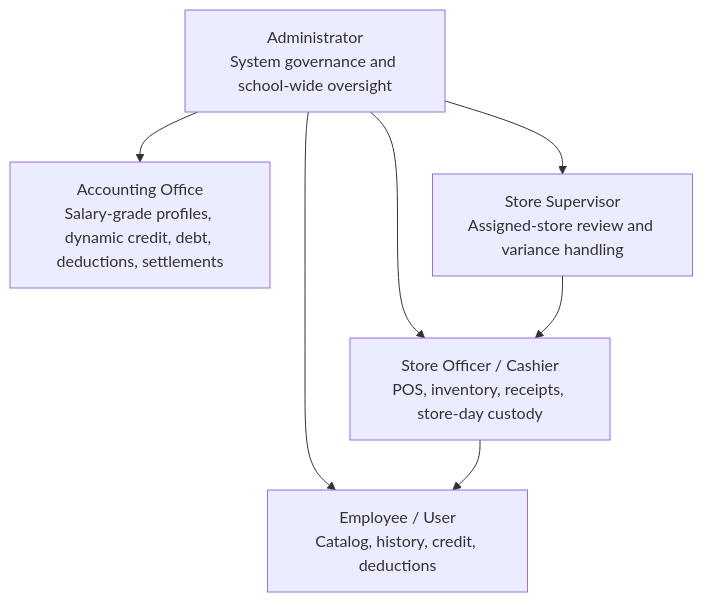
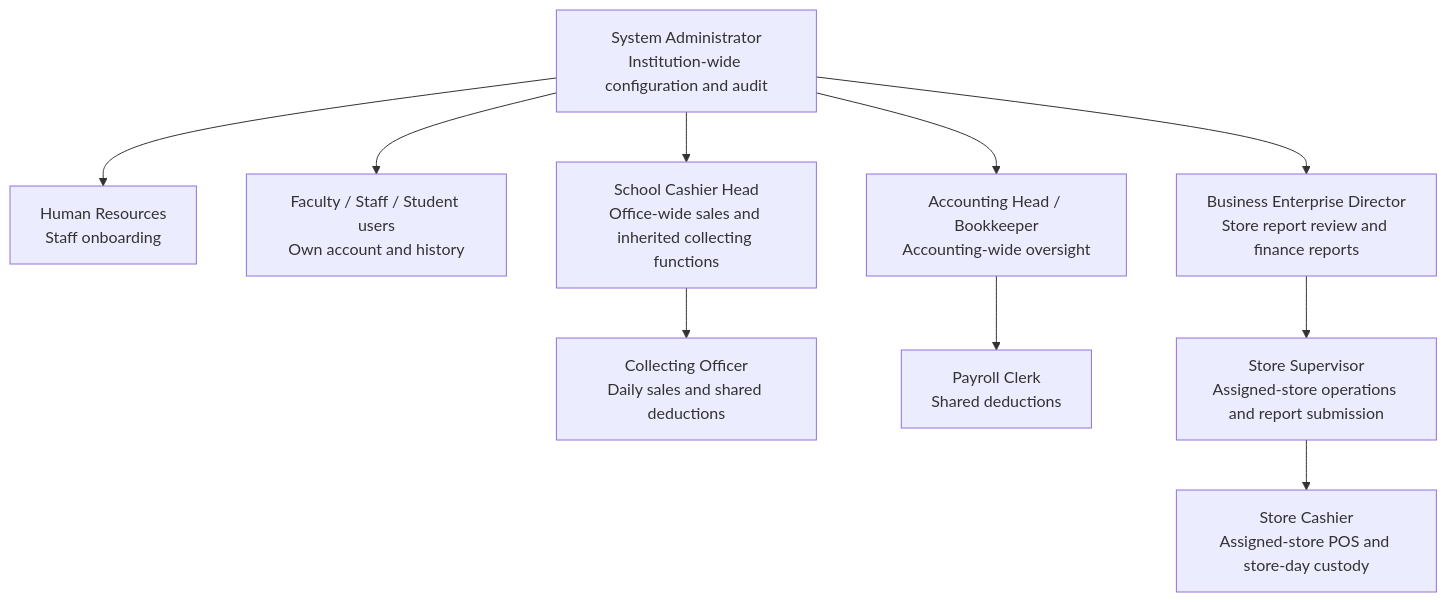
One commit to DonDon14/ibems-capstone changed the first of 2 diagrams in docs/system-hierarchy.md. Above: the diagram before and after it, drawn with Mermaid. The commit also changed other lines of this file and 462 other files, not shown here.

````diff
--- a/docs/system-hierarchy.md
+++ b/docs/system-hierarchy.md
@@ -5,15 +5,23 @@
 ```mermaid
 flowchart TD
-    ADMIN[Administrator<br/>System governance and school-wide oversight]
-    ACCT[Accounting Office<br/>Salary-grade profiles, dynamic credit, debt, deductions, settlements]
-    SUP[Store Supervisor<br/>Assigned-store review and variance handling]
-    STORE[Store Officer / Cashier<br/>POS, inventory, receipts, store-day custody]
-    USER[Employee / User<br/>Catalog, history, credit, deductions]
+    ADMIN[System Administrator<br/>Institution-wide configuration and audit]
+    HR[Human Resources<br/>Staff onboarding]
+    USER[Faculty / Staff / Student users<br/>Own account and history]
+    CASHHEAD[School Cashier Head<br/>Office-wide sales and inherited collecting functions]
+    COLLECT[Collecting Officer<br/>Daily sales and shared deductions]
+    ACCTHEAD[Accounting Head / Bookkeeper<br/>Accounting-wide oversight]
+    PAYROLL[Payroll Clerk<br/>Shared deductions]
+    BE[Business Enterprise Director<br/>Store report review and finance reports]
+    SUP[Store Supervisor<br/>Assigned-store operations and report submission]
+    STORECASH[Store Cashier<br/>Assigned-store POS and store-day custody]
 
-    ADMIN --> ACCT
-    ADMIN --> SUP
-    ADMIN --> STORE
+    ADMIN --> HR
     ADMIN --> USER
-    SUP --> STORE
-    STORE --> USER
+    ADMIN --> CASHHEAD
+    ADMIN --> ACCTHEAD
+    ADMIN --> BE
+    CASHHEAD --> COLLECT
+    ACCTHEAD --> PAYROLL
+    BE --> SUP
+    SUP --> STORECASH
 ```
````
